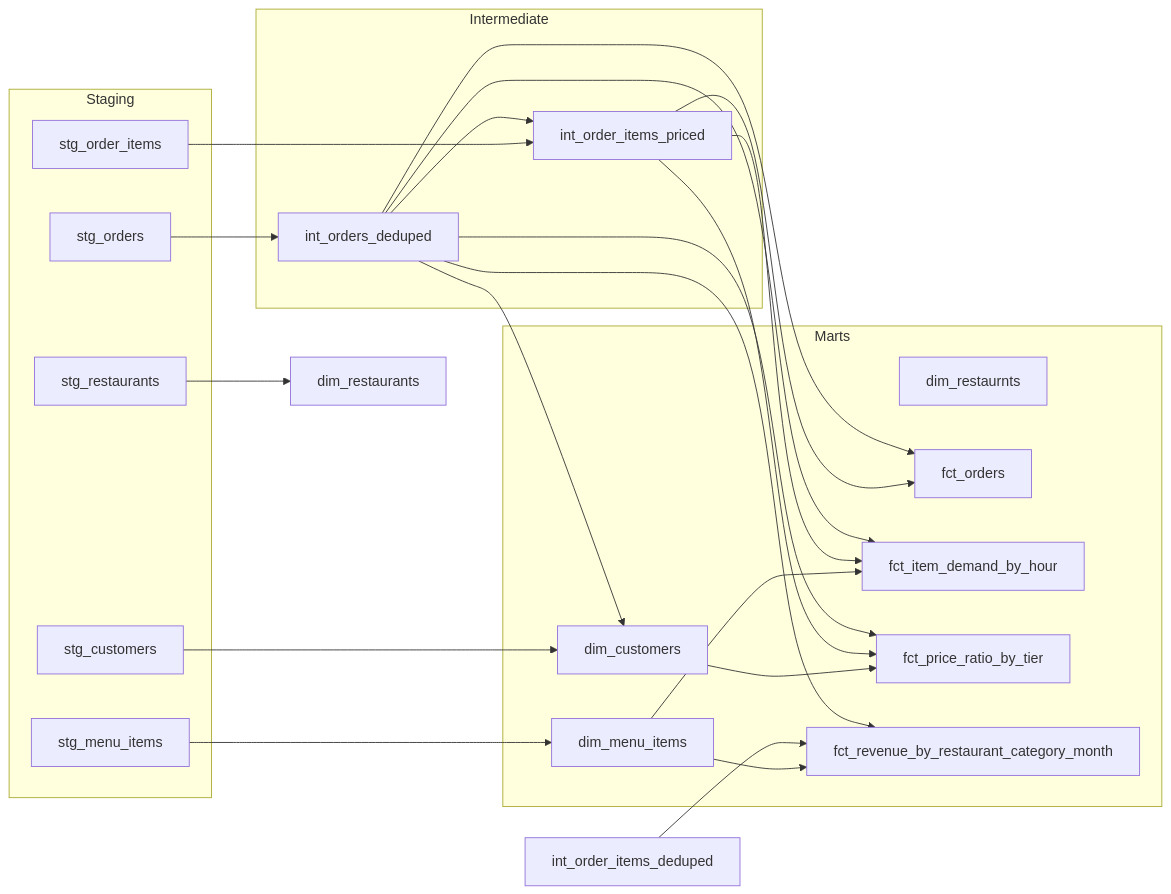
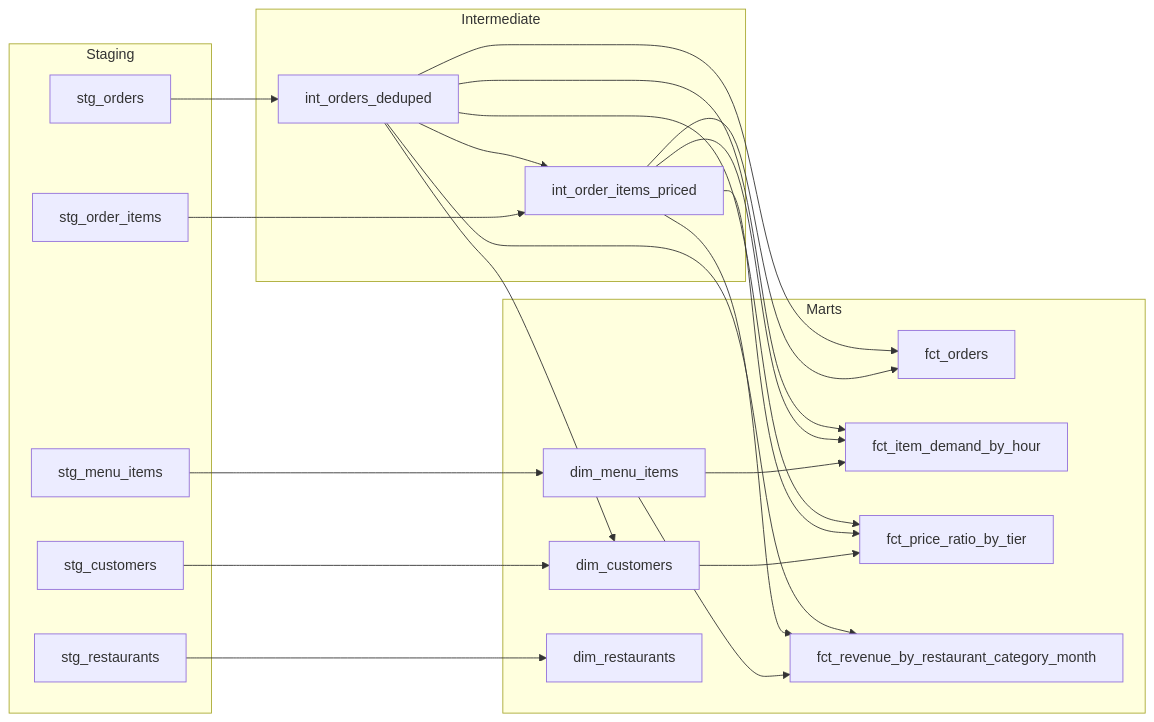
The third of 3 diagrams in README.md (YoungliHong/restaurant_analytics), drawn with Mermaid before and after one commit. The commit also changed other lines of this file, not shown here.

````diff
--- a/README.md
+++ b/README.md
@@ -206,49 +206,49 @@
 ```mermaid
 graph LR
     subgraph Staging
         stg_orders
         stg_order_items
         stg_customers
         stg_menu_items
         stg_restaurants
     end
 
     subgraph Intermediate
         int_orders_deduped
         int_order_items_priced
     end
 
     subgraph Marts
         dim_customers
         dim_menu_items
-        dim_restaurnts
+        dim_restaurants
         fct_orders
         fct_item_demand_by_hour
         fct_price_ratio_by_tier
         fct_revenue_by_restaurant_category_month
     end
 
     stg_orders --> int_orders_deduped
     stg_order_items --> int_order_items_priced
     int_orders_deduped --> int_order_items_priced
 
     int_orders_deduped --> dim_customers
     stg_customers --> dim_customers
     stg_menu_items --> dim_menu_items
     stg_restaurants --> dim_restaurants
 
     int_order_items_priced --> fct_orders
     int_orders_deduped --> fct_orders
 
     dim_menu_items --> fct_item_demand_by_hour
     int_order_items_priced --> fct_item_demand_by_hour
     int_orders_deduped --> fct_item_demand_by_hour
 
     dim_customers --> fct_price_ratio_by_tier
     int_order_items_priced --> fct_price_ratio_by_tier
     int_orders_deduped --> fct_price_ratio_by_tier
 
     dim_menu_items --> fct_revenue_by_restaurant_category_month
-    int_order_items_deduped --> fct_revenue_by_restaurant_category_month
+    int_order_items_priced --> fct_revenue_by_restaurant_category_month
     int_orders_deduped --> fct_revenue_by_restaurant_category_month
 ```
````
